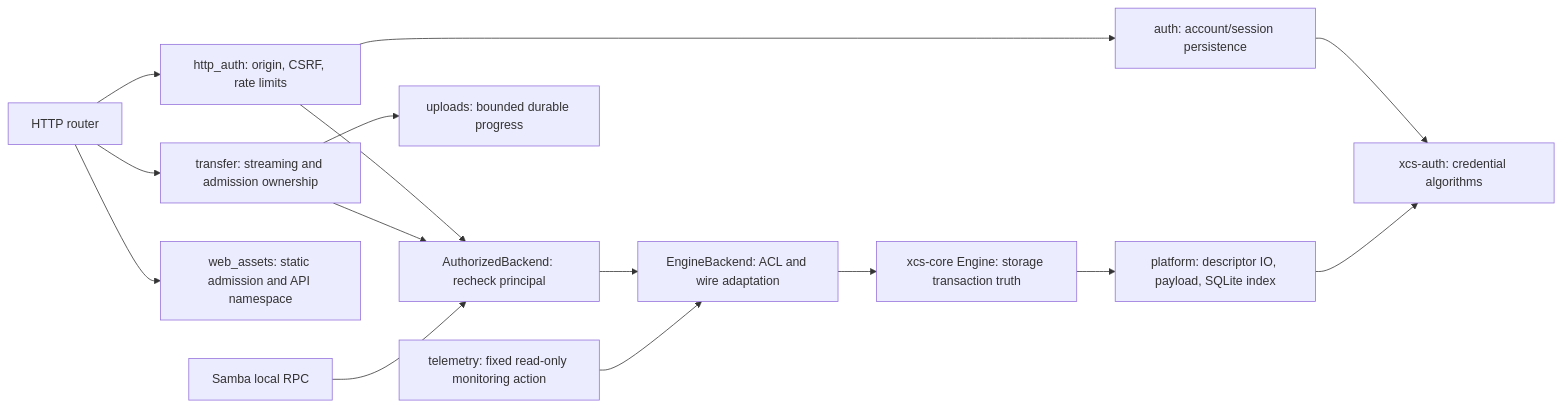
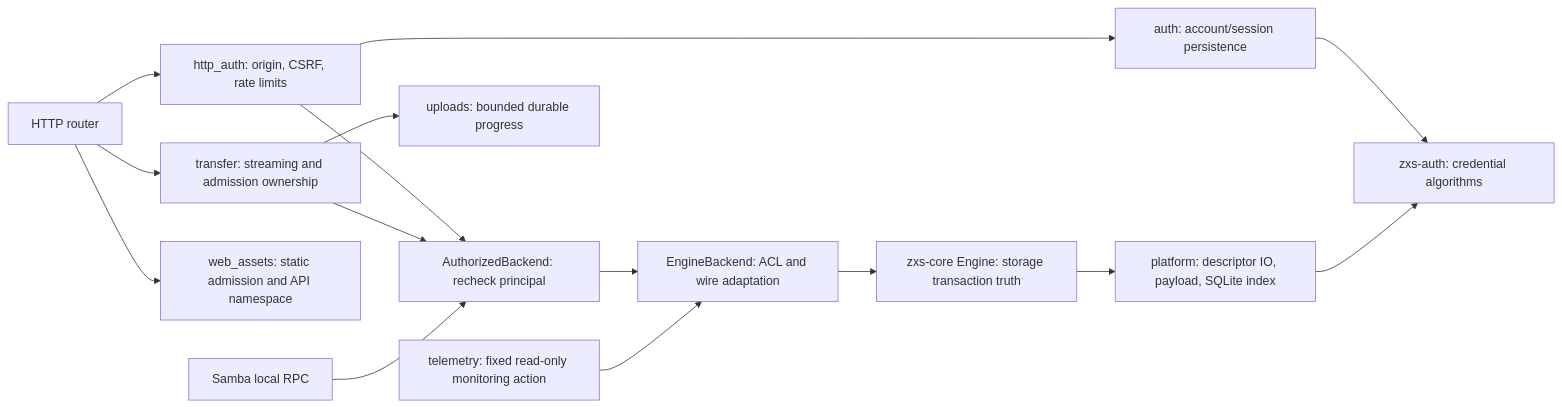
Before and after one commit to isarmg/xcs: the diagram in tests/evidence/maintainability/review/server-platform.md, drawn with Mermaid. The commit also changed other lines of this file and 541 other files, not shown here.

````diff
--- a/tests/evidence/maintainability/review/server-platform.md
+++ b/tests/evidence/maintainability/review/server-platform.md
@@ -9,17 +9,17 @@
 ```mermaid
 flowchart LR
   HTTP[HTTP router] --> HA[http_auth: origin, CSRF, rate limits]
   HA --> AS[auth: account/session persistence]
-  AS --> AUTH[xcs-auth: credential algorithms]
+  AS --> AUTH[zxs-auth: credential algorithms]
   HA --> AB[AuthorizedBackend: recheck principal]
   HTTP --> TR[transfer: streaming and admission ownership]
   TR --> UP[uploads: bounded durable progress]
   TR --> AB
   HTTP --> WA[web_assets: static admission and API namespace]
   SMB[Samba local RPC] --> AB
   AB --> EB[EngineBackend: ACL and wire adaptation]
-  EB --> CORE[xcs-core Engine: storage transaction truth]
+  EB --> CORE[zxs-core Engine: storage transaction truth]
   CORE --> PL[platform: descriptor IO, payload, SQLite index]
   PL --> AUTH
   TEL[telemetry: fixed read-only monitoring action] --> EB
 ```
````
